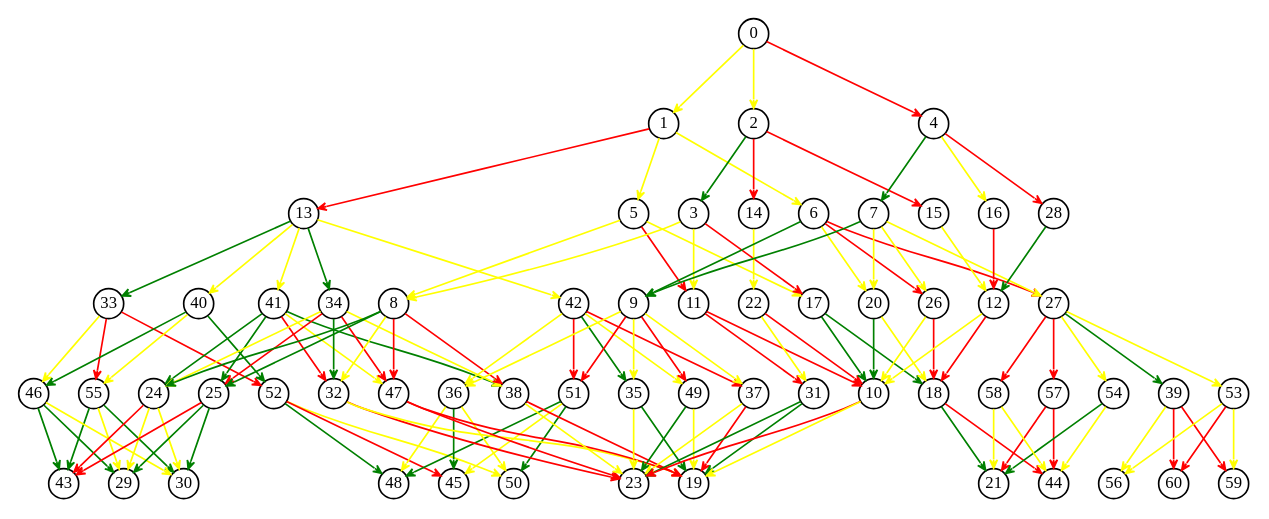
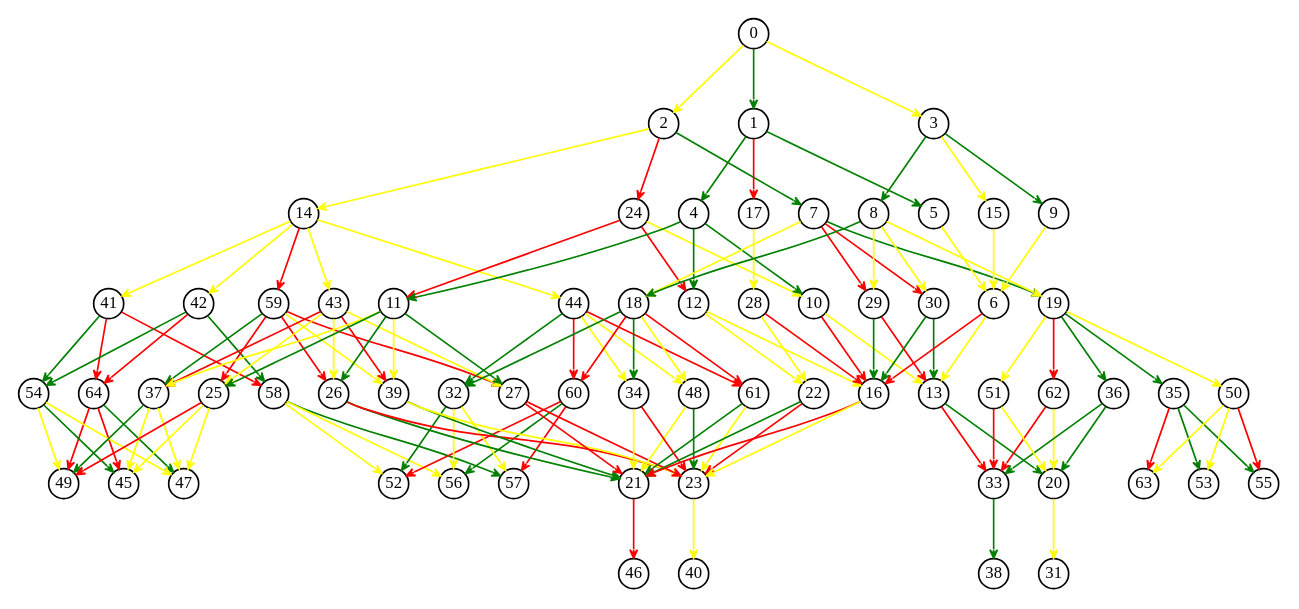
The diagram in g.dot (kphongph/repo_ttu), drawn with Graphviz before and after one commit. The commit also changed 3 other files, not shown here.

Commit message:
fixed graph fixed-point

```diff
--- a/g.dot
+++ b/g.dot
@@ -2,198 +2,206 @@
    node [shape=circle,width=.25,height=.25,fixedsize=true,fontsize=10];
    edge [arrowhead="vee",arrowsize=.5];
    s0 [label="0"];
-   s1 [label="1"];
-   s2 [label="2"];
-   s3 [label="4"];
-   s4 [label="13"];
-   s5 [label="5"];
-   s6 [label="3"];
-   s7 [label="14"];
-   s8 [label="6"];
-   s9 [label="7"];
-   s10 [label="15"];
-   s11 [label="16"];
-   s12 [label="28"];
-   s13 [label="33"];
-   s14 [label="40"];
-   s15 [label="41"];
-   s16 [label="34"];
-   s17 [label="8"];
-   s18 [label="42"];
-   s19 [label="9"];
-   s20 [label="11"];
-   s21 [label="22"];
-   s22 [label="17"];
-   s23 [label="20"];
-   s24 [label="26"];
-   s25 [label="12"];
-   s26 [label="27"];
-   s27 [label="55"];
-   s28 [label="46"];
-   s29 [label="24"];
+   s1 [label="2"];
+   s2 [label="1"];
+   s3 [label="3"];
+   s4 [label="14"];
+   s5 [label="24"];
+   s6 [label="4"];
+   s7 [label="17"];
+   s8 [label="7"];
+   s9 [label="8"];
+   s10 [label="5"];
+   s11 [label="15"];
+   s12 [label="9"];
+   s13 [label="41"];
+   s14 [label="42"];
+   s15 [label="59"];
+   s16 [label="43"];
+   s17 [label="11"];
+   s18 [label="44"];
+   s19 [label="18"];
+   s20 [label="12"];
+   s21 [label="28"];
+   s22 [label="10"];
+   s23 [label="29"];
+   s24 [label="30"];
+   s25 [label="6"];
+   s26 [label="19"];
+   s27 [label="64"];
+   s28 [label="54"];
+   s29 [label="37"];
    s30 [label="25"];
-   s31 [label="52"];
-   s32 [label="51"];
-   s33 [label="36"];
-   s34 [label="32"];
-   s35 [label="47"];
-   s36 [label="38"];
-   s37 [label="49"];
-   s38 [label="37"];
-   s39 [label="35"];
-   s40 [label="31"];
-   s41 [label="10"];
-   s42 [label="39"];
-   s43 [label="53"];
-   s44 [label="18"];
-   s45 [label="57"];
-   s46 [label="54"];
-   s47 [label="58"];
-   s48 [label="29"];
-   s49 [label="30"];
-   s50 [label="43"];
-   s51 [label="50"];
-   s52 [label="48"];
-   s53 [label="45"];
-   s54 [label="23"];
-   s55 [label="19"];
-   s56 [label="60"];
-   s57 [label="59"];
-   s58 [label="56"];
-   s59 [label="21"];
-   s60 [label="44"];
+   s31 [label="58"];
+   s32 [label="60"];
+   s33 [label="32"];
+   s34 [label="26"];
+   s35 [label="39"];
+   s36 [label="27"];
+   s37 [label="48"];
+   s38 [label="61"];
+   s39 [label="34"];
+   s40 [label="22"];
+   s41 [label="16"];
+   s42 [label="35"];
+   s43 [label="50"];
+   s44 [label="13"];
+   s45 [label="62"];
+   s46 [label="36"];
+   s47 [label="51"];
+   s48 [label="45"];
+   s49 [label="47"];
+   s50 [label="49"];
+   s51 [label="57"];
+   s52 [label="52"];
+   s53 [label="56"];
+   s54 [label="21"];
+   s55 [label="23"];
+   s56 [label="53"];
+   s57 [label="55"];
+   s58 [label="63"];
+   s59 [label="33"];
+   s60 [label="20"];
+   s61 [label="46"];
+   s62 [label="40"];
+   s63 [label="38"];
+   s64 [label="31"];
    s0 -> s1 [color="yellow"];
-   s0 -> s2 [color="yellow"];
-   s0 -> s3 [color="red"];
-   s1 -> s4 [color="red"];
-   s1 -> s5 [color="yellow"];
-   s1 -> s8 [color="yellow"];
+   s0 -> s2 [color="green"];
+   s0 -> s3 [color="yellow"];
+   s1 -> s4 [color="yellow"];
+   s1 -> s5 [color="red"];
+   s1 -> s8 [color="green"];
    s2 -> s6 [color="green"];
    s2 -> s7 [color="red"];
-   s2 -> s10 [color="red"];
+   s2 -> s10 [color="green"];
    s3 -> s9 [color="green"];
    s3 -> s11 [color="yellow"];
-   s3 -> s12 [color="red"];
-   s4 -> s13 [color="green"];
+   s3 -> s12 [color="green"];
+   s4 -> s13 [color="yellow"];
    s4 -> s14 [color="yellow"];
-   s4 -> s15 [color="yellow"];
-   s4 -> s16 [color="green"];
+   s4 -> s15 [color="red"];
+   s4 -> s16 [color="yellow"];
    s4 -> s18 [color="yellow"];
-   s5 -> s17 [color="yellow"];
+   s5 -> s17 [color="red"];
    s5 -> s20 [color="red"];
    s5 -> s22 [color="yellow"];
-   s6 -> s17 [color="yellow"];
-   s6 -> s20 [color="yellow"];
-   s6 -> s22 [color="red"];
+   s6 -> s17 [color="green"];
+   s6 -> s20 [color="green"];
+   s6 -> s22 [color="green"];
    s7 -> s21 [color="yellow"];
-   s8 -> s19 [color="green"];
-   s8 -> s23 [color="yellow"];
+   s8 -> s19 [color="yellow"];
+   s8 -> s23 [color="red"];
    s8 -> s24 [color="red"];
-   s8 -> s26 [color="red"];
+   s8 -> s26 [color="green"];
    s9 -> s19 [color="green"];
    s9 -> s23 [color="yellow"];
    s9 -> s24 [color="yellow"];
    s9 -> s26 [color="yellow"];
    s10 -> s25 [color="yellow"];
-   s11 -> s25 [color="red"];
-   s12 -> s25 [color="green"];
+   s11 -> s25 [color="yellow"];
+   s12 -> s25 [color="yellow"];
    s13 -> s27 [color="red"];
-   s13 -> s28 [color="yellow"];
+   s13 -> s28 [color="green"];
    s13 -> s31 [color="red"];
-   s14 -> s27 [color="yellow"];
+   s14 -> s27 [color="red"];
    s14 -> s28 [color="green"];
    s14 -> s31 [color="green"];
    s15 -> s29 [color="green"];
-   s15 -> s30 [color="green"];
+   s15 -> s30 [color="red"];
    s15 -> s34 [color="red"];
    s15 -> s35 [color="yellow"];
-   s15 -> s36 [color="green"];
-   s16 -> s29 [color="yellow"];
-   s16 -> s30 [color="red"];
-   s16 -> s34 [color="green"];
+   s15 -> s36 [color="red"];
+   s16 -> s29 [color="red"];
+   s16 -> s30 [color="yellow"];
+   s16 -> s34 [color="yellow"];
    s16 -> s35 [color="red"];
    s16 -> s36 [color="yellow"];
-   s17 -> s29 [color="green"];
+   s17 -> s29 [color="yellow"];
    s17 -> s30 [color="green"];
-   s17 -> s34 [color="yellow"];
-   s17 -> s35 [color="red"];
-   s17 -> s36 [color="red"];
+   s17 -> s34 [color="green"];
+   s17 -> s35 [color="yellow"];
+   s17 -> s36 [color="green"];
    s18 -> s32 [color="red"];
-   s18 -> s33 [color="yellow"];
+   s18 -> s33 [color="green"];
    s18 -> s37 [color="yellow"];
    s18 -> s38 [color="red"];
-   s18 -> s39 [color="green"];
+   s18 -> s39 [color="yellow"];
    s19 -> s32 [color="red"];
-   s19 -> s33 [color="yellow"];
-   s19 -> s37 [color="red"];
-   s19 -> s38 [color="yellow"];
-   s19 -> s39 [color="yellow"];
-   s20 -> s40 [color="red"];
-   s20 -> s41 [color="red"];
+   s19 -> s33 [color="green"];
+   s19 -> s37 [color="yellow"];
+   s19 -> s38 [color="red"];
+   s19 -> s39 [color="green"];
+   s20 -> s40 [color="yellow"];
+   s20 -> s41 [color="yellow"];
    s21 -> s40 [color="yellow"];
    s21 -> s41 [color="red"];
-   s22 -> s41 [color="green"];
-   s22 -> s44 [color="green"];
+   s22 -> s41 [color="red"];
+   s22 -> s44 [color="yellow"];
    s23 -> s41 [color="green"];
-   s23 -> s44 [color="yellow"];
-   s24 -> s41 [color="yellow"];
-   s24 -> s44 [color="red"];
-   s25 -> s41 [color="yellow"];
-   s25 -> s44 [color="red"];
+   s23 -> s44 [color="red"];
+   s24 -> s41 [color="green"];
+   s24 -> s44 [color="green"];
+   s25 -> s41 [color="red"];
+   s25 -> s44 [color="yellow"];
    s26 -> s42 [color="green"];
    s26 -> s43 [color="yellow"];
    s26 -> s45 [color="red"];
-   s26 -> s46 [color="yellow"];
-   s26 -> s47 [color="red"];
-   s27 -> s48 [color="yellow"];
+   s26 -> s46 [color="green"];
+   s26 -> s47 [color="yellow"];
+   s27 -> s48 [color="red"];
    s27 -> s49 [color="green"];
-   s27 -> s50 [color="green"];
+   s27 -> s50 [color="red"];
    s28 -> s48 [color="green"];
    s28 -> s49 [color="yellow"];
-   s28 -> s50 [color="green"];
+   s28 -> s50 [color="yellow"];
    s29 -> s48 [color="yellow"];
    s29 -> s49 [color="yellow"];
-   s29 -> s50 [color="red"];
-   s30 -> s48 [color="green"];
-   s30 -> s49 [color="green"];
+   s29 -> s50 [color="green"];
+   s30 -> s48 [color="yellow"];
+   s30 -> s49 [color="yellow"];
    s30 -> s50 [color="red"];
-   s31 -> s51 [color="yellow"];
-   s31 -> s52 [color="green"];
-   s31 -> s53 [color="red"];
-   s32 -> s51 [color="green"];
-   s32 -> s52 [color="green"];
-   s32 -> s53 [color="yellow"];
+   s31 -> s51 [color="green"];
+   s31 -> s52 [color="yellow"];
+   s31 -> s53 [color="yellow"];
+   s32 -> s51 [color="red"];
+   s32 -> s52 [color="red"];
+   s32 -> s53 [color="green"];
    s33 -> s51 [color="yellow"];
-   s33 -> s52 [color="yellow"];
-   s33 -> s53 [color="green"];
-   s34 -> s54 [color="red"];
-   s34 -> s55 [color="yellow"];
-   s35 -> s54 [color="red"];
-   s35 -> s55 [color="red"];
-   s36 -> s54 [color="yellow"];
+   s33 -> s52 [color="green"];
+   s33 -> s53 [color="yellow"];
+   s34 -> s54 [color="green"];
+   s34 -> s55 [color="red"];
+   s35 -> s54 [color="green"];
+   s35 -> s55 [color="yellow"];
+   s36 -> s54 [color="red"];
    s36 -> s55 [color="red"];
-   s37 -> s54 [color="green"];
-   s37 -> s55 [color="yellow"];
-   s38 -> s54 [color="yellow"];
-   s38 -> s55 [color="red"];
+   s37 -> s54 [color="yellow"];
+   s37 -> s55 [color="green"];
+   s38 -> s54 [color="green"];
+   s38 -> s55 [color="yellow"];
    s39 -> s54 [color="yellow"];
-   s39 -> s55 [color="green"];
+   s39 -> s55 [color="red"];
    s40 -> s54 [color="green"];
-   s40 -> s55 [color="green"];
+   s40 -> s55 [color="red"];
    s41 -> s54 [color="red"];
    s41 -> s55 [color="yellow"];
-   s42 -> s56 [color="red"];
-   s42 -> s57 [color="red"];
-   s42 -> s58 [color="yellow"];
-   s43 -> s56 [color="red"];
-   s43 -> s57 [color="yellow"];
+   s42 -> s56 [color="green"];
+   s42 -> s57 [color="green"];
+   s42 -> s58 [color="red"];
+   s43 -> s56 [color="yellow"];
+   s43 -> s57 [color="red"];
    s43 -> s58 [color="yellow"];
-   s44 -> s59 [color="green"];
-   s44 -> s60 [color="red"];
+   s44 -> s59 [color="red"];
+   s44 -> s60 [color="green"];
    s45 -> s59 [color="red"];
-   s45 -> s60 [color="red"];
+   s45 -> s60 [color="yellow"];
    s46 -> s59 [color="green"];
-   s46 -> s60 [color="yellow"];
-   s47 -> s59 [color="yellow"];
+   s46 -> s60 [color="green"];
+   s47 -> s59 [color="red"];
    s47 -> s60 [color="yellow"];
+   s54 -> s61 [color="red"];
+   s55 -> s62 [color="yellow"];
+   s59 -> s63 [color="green"];
+   s60 -> s64 [color="yellow"];
 }
```
